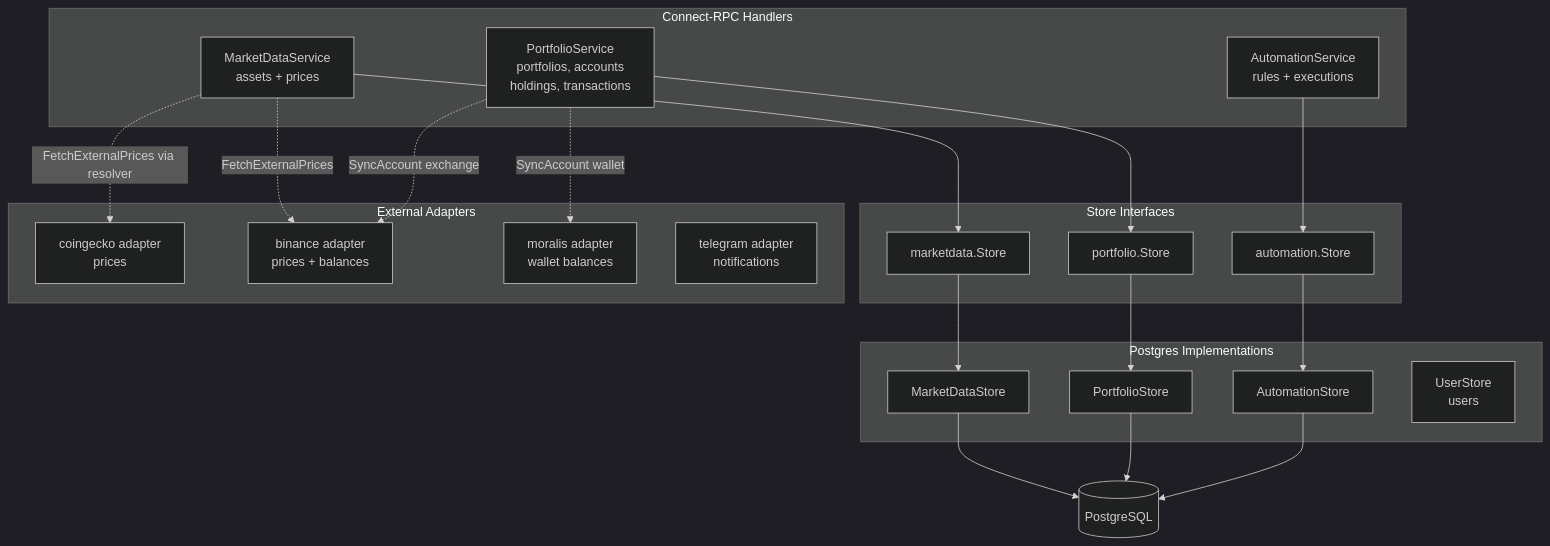
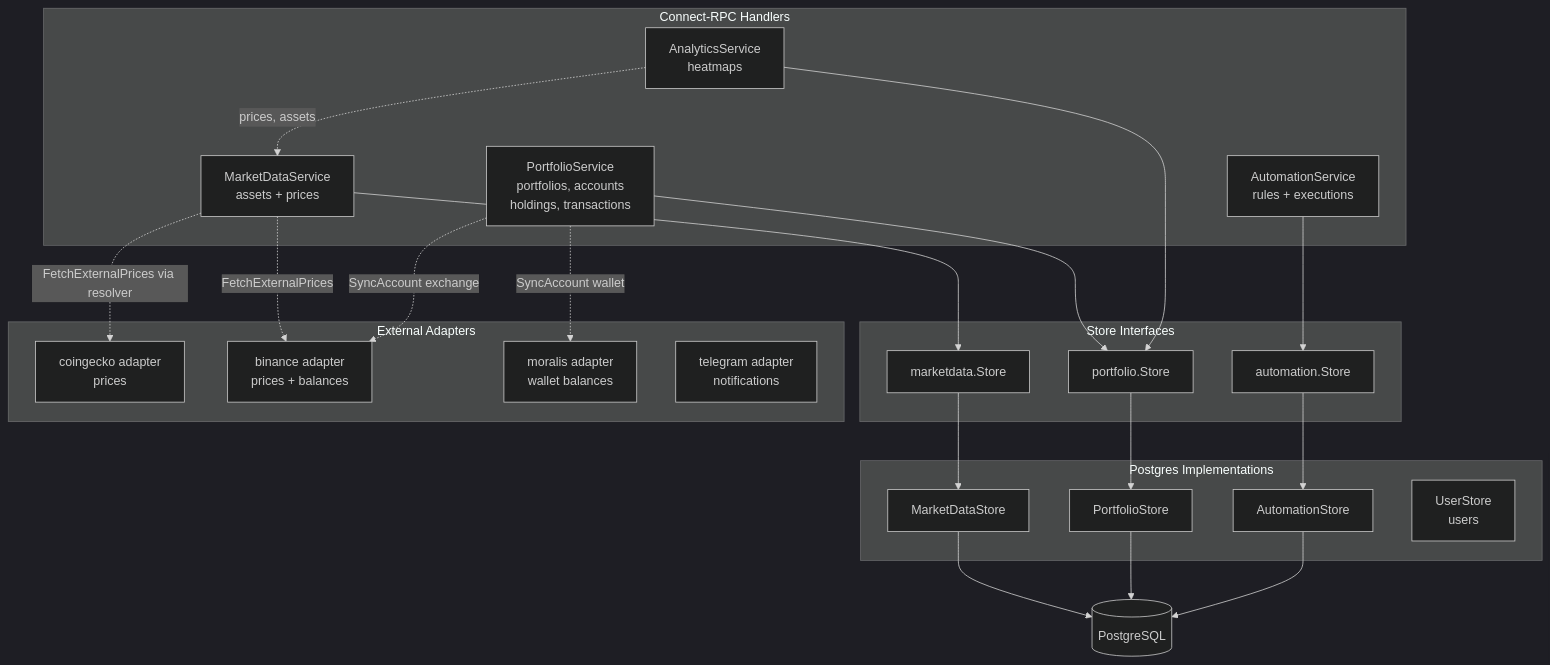
The third of 3 diagrams in docs/architecture.md (foxcool/greedy-eye), drawn with Mermaid (dark theme) before and after one commit. The commit also changed other lines of this file and 10 other files, not shown here.

First line of the commit message:
feat: add AnalyticsService with portfolio heatmap RPC

````diff
--- a/docs/architecture.md
+++ b/docs/architecture.md
@@ -270,37 +270,40 @@
 ```mermaid
 graph TB
     subgraph "Connect-RPC Handlers"
         MDS[MarketDataService<br/>assets + prices]
         PS[PortfolioService<br/>portfolios, accounts<br/>holdings, transactions]
         AS[AutomationService<br/>rules + executions]
+        ANS[AnalyticsService<br/>heatmaps]
     end
 
     subgraph "Store Interfaces"
         MDSI[marketdata.Store]
         PSI[portfolio.Store]
         ASI[automation.Store]
     end
 
     subgraph "Postgres Implementations"
         MDSP[MarketDataStore]
         PSP[PortfolioStore]
         ASP[AutomationStore]
         SSP[UserStore<br/>users]
     end
 
     subgraph "External Adapters"
         CoinGecko[coingecko adapter<br/>prices]
         Binance[binance adapter<br/>prices + balances]
         Moralis[moralis adapter<br/>wallet balances]
         Telegram[telegram adapter<br/>notifications]
     end
 
     MDS --> MDSI --> MDSP --> DB[(PostgreSQL)]
     PS  --> PSI  --> PSP  --> DB
     AS  --> ASI  --> ASP  --> DB
+    ANS --> PSI
+    ANS -.->|prices, assets| MDS
 
     MDS -.->|FetchExternalPrices via resolver| CoinGecko
     MDS -.->|FetchExternalPrices| Binance
     PS  -.->|SyncAccount wallet| Moralis
     PS  -.->|SyncAccount exchange| Binance
 ```
````
